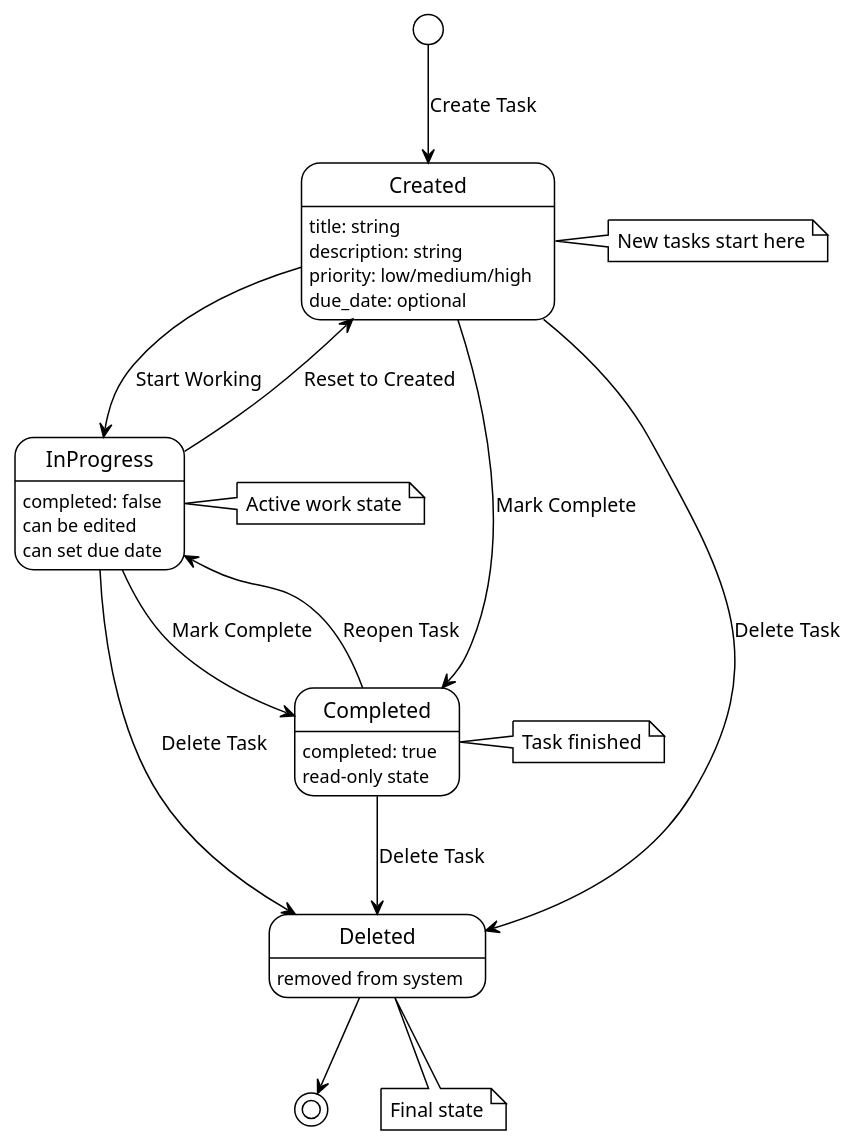
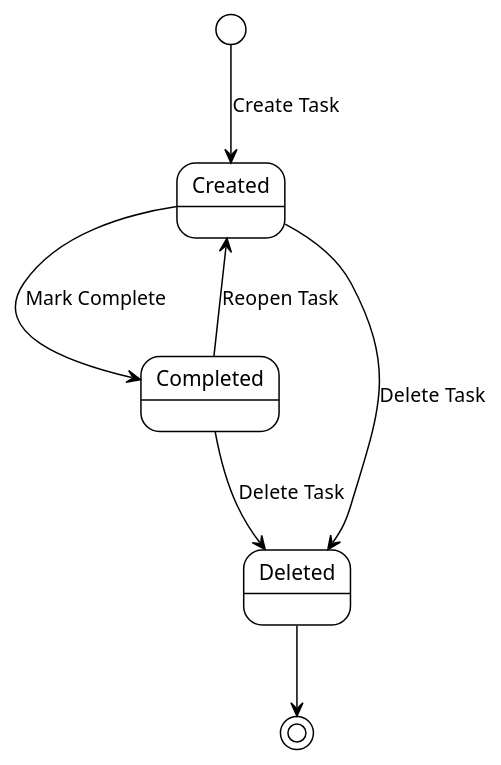
The diagram in docs/diagrams/state-chart-diagram.puml (Karthik7664/task_management), drawn with PlantUML before and after one commit.

Commit message:
Simplify State Chart Diagram

```diff
--- a/docs/diagrams/state-chart-diagram.puml
+++ b/docs/diagrams/state-chart-diagram.puml
@@ -1,47 +1,15 @@
 @startuml
 !theme plain
 skinparam backgroundColor white
 
 [*] --> Created : Create Task
 
-state Created {
-  Created : title: string
-  Created : description: string
-  Created : priority: low/medium/high
-  Created : due_date: optional
-}
-
-Created --> InProgress : Start Working
 Created --> Completed : Mark Complete
 Created --> Deleted : Delete Task
 
-state InProgress {
-  InProgress : completed: false
-  InProgress : can be edited
-  InProgress : can set due date
-}
-
-InProgress --> Completed : Mark Complete
-InProgress --> Created : Reset to Created
-InProgress --> Deleted : Delete Task
-
-state Completed {
-  Completed : completed: true
-  Completed : read-only state
-}
-
-Completed --> InProgress : Reopen Task
+Completed --> Created : Reopen Task
 Completed --> Deleted : Delete Task
-
-state Deleted {
-  Deleted : removed from system
-}
 
 Deleted --> [*]
 
-note right of Created : New tasks start here
-note right of InProgress : Active work state
-note right of Completed : Task finished
-note bottom of Deleted : Final state
-
 @enduml
```
